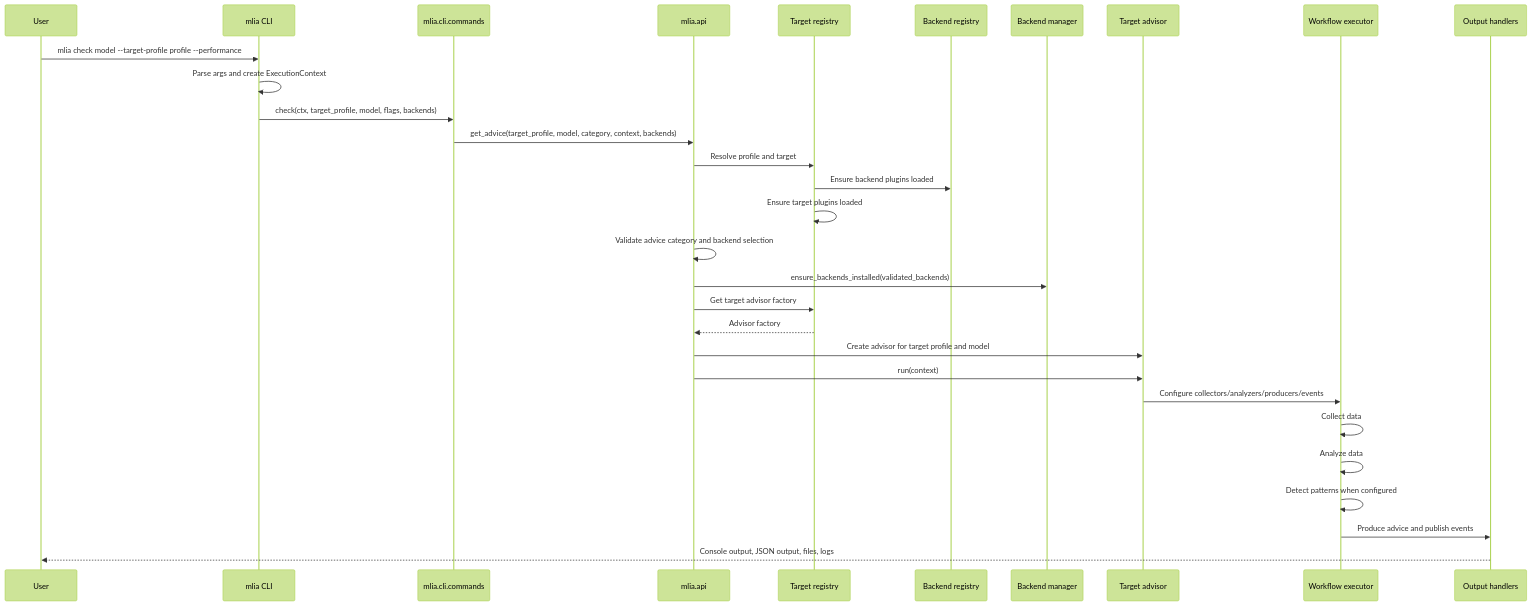
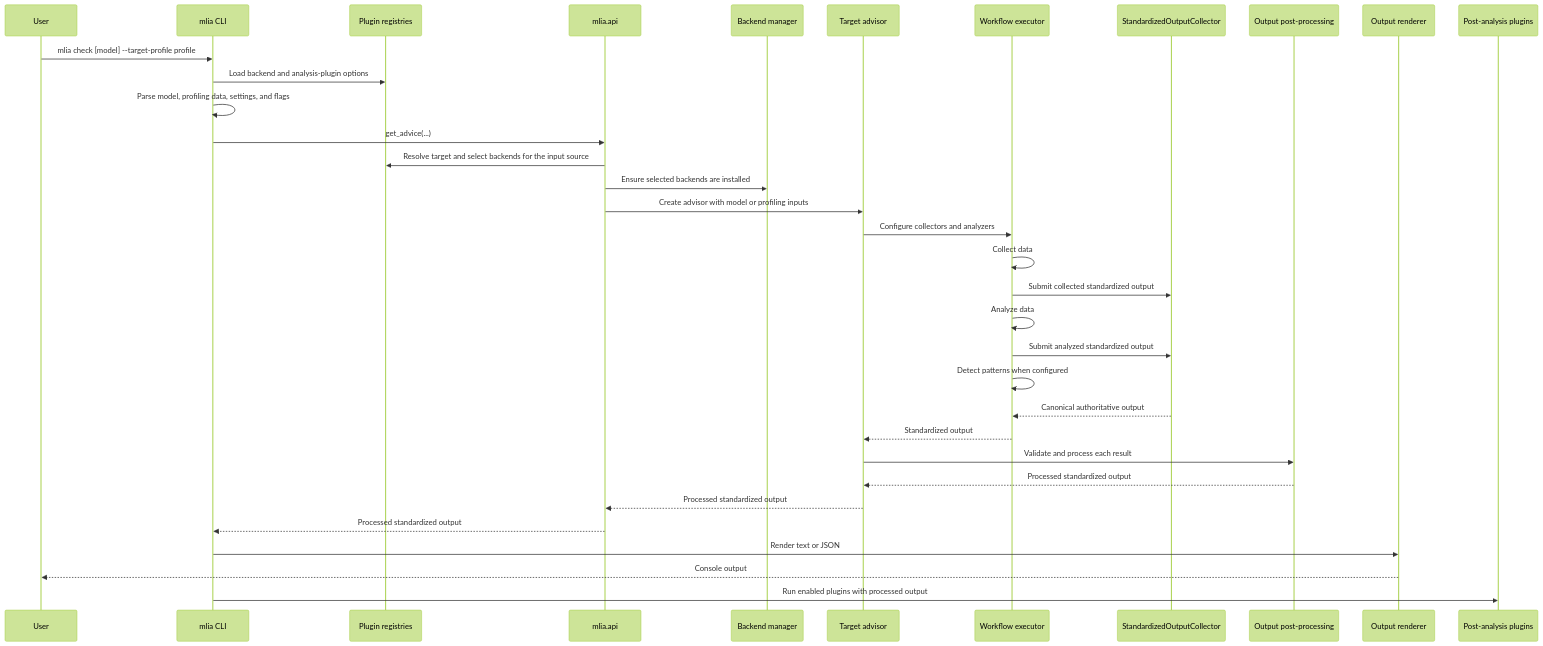
One commit to arm/mlia changed the diagram in docs/source/execution_flow.md. Above: the diagram before and after it, drawn with Mermaid (forest theme). The commit also changed other lines of this file and 15 other files, not shown here.

````diff
--- a/docs/source/execution_flow.md
+++ b/docs/source/execution_flow.md
@@ -18,33 +18,37 @@
 ```mermaid
 sequenceDiagram
     participant User
     participant CLI as mlia CLI
-    participant Commands as mlia.cli.commands
+    participant Plugins as Plugin registries
     participant API as mlia.api
-    participant TargetReg as Target registry
-    participant BackendReg as Backend registry
     participant BackendMgr as Backend manager
     participant Advisor as Target advisor
     participant Workflow as Workflow executor
-    participant Reports as Output handlers
+    participant Collector as StandardizedOutputCollector
+    participant Post as Output post-processing
+    participant Render as Output renderer
+    participant Analysis as Post-analysis plugins
 
-    User->>CLI: mlia check model --target-profile profile --performance
-    CLI->>CLI: Parse args and create ExecutionContext
-    CLI->>Commands: check(ctx, target_profile, model, flags, backends)
-    Commands->>API: get_advice(target_profile, model, category, context, backends)
-    API->>TargetReg: Resolve profile and target
-    TargetReg->>BackendReg: Ensure backend plugins loaded
-    TargetReg->>TargetReg: Ensure target plugins loaded
-    API->>API: Validate advice category and backend selection
-    API->>BackendMgr: ensure_backends_installed(validated_backends)
-    API->>TargetReg: Get target advisor factory
-    TargetReg-->>API: Advisor factory
-    API->>Advisor: Create advisor for target profile and model
-    API->>Advisor: run(context)
-    Advisor->>Workflow: Configure collectors/analyzers/producers/events
+    User->>CLI: mlia check [model] --target-profile profile
+    CLI->>Plugins: Load backend and analysis-plugin options
+    CLI->>CLI: Parse model, profiling data, settings, and flags
+    CLI->>API: get_advice(...)
+    API->>Plugins: Resolve target and select backends for the input source
+    API->>BackendMgr: Ensure selected backends are installed
+    API->>Advisor: Create advisor with model or profiling inputs
+    Advisor->>Workflow: Configure collectors and analyzers
     Workflow->>Workflow: Collect data
+    Workflow->>Collector: Submit collected standardized output
     Workflow->>Workflow: Analyze data
+    Workflow->>Collector: Submit analyzed standardized output
     Workflow->>Workflow: Detect patterns when configured
-    Workflow->>Reports: Produce advice and publish events
-    Reports-->>User: Console output, JSON output, files, logs
+    Collector-->>Workflow: Canonical authoritative output
+    Workflow-->>Advisor: Standardized output
+    Advisor->>Post: Validate and process each result
+    Post-->>Advisor: Processed standardized output
+    Advisor-->>API: Processed standardized output
+    API-->>CLI: Processed standardized output
+    CLI->>Render: Render text or JSON
+    Render-->>User: Console output
+    CLI->>Analysis: Run enabled plugins with processed output
 ```
````
